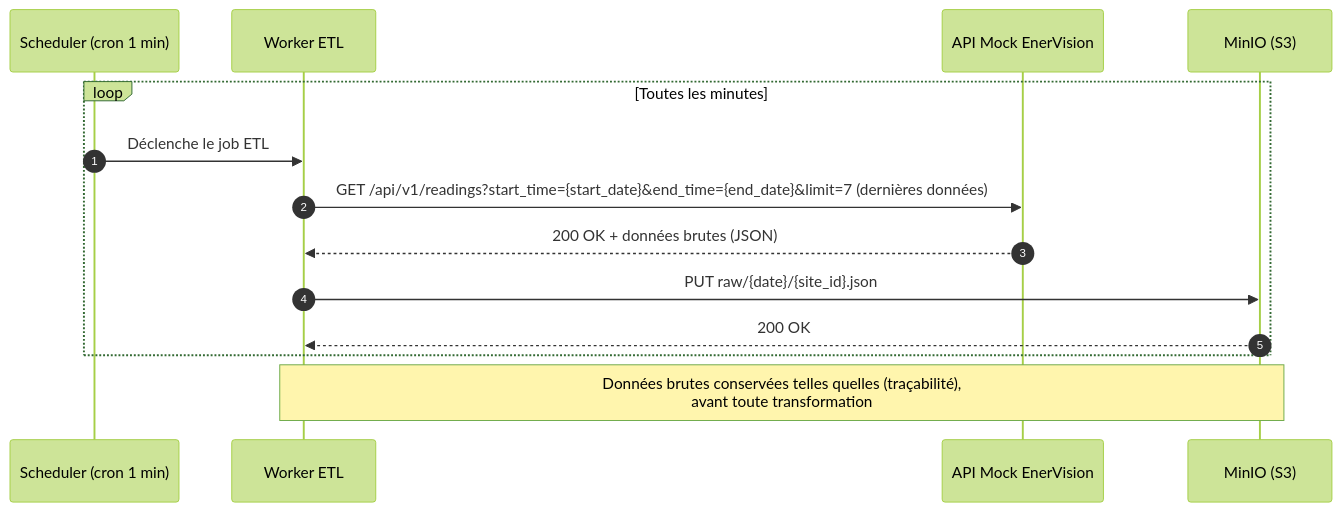
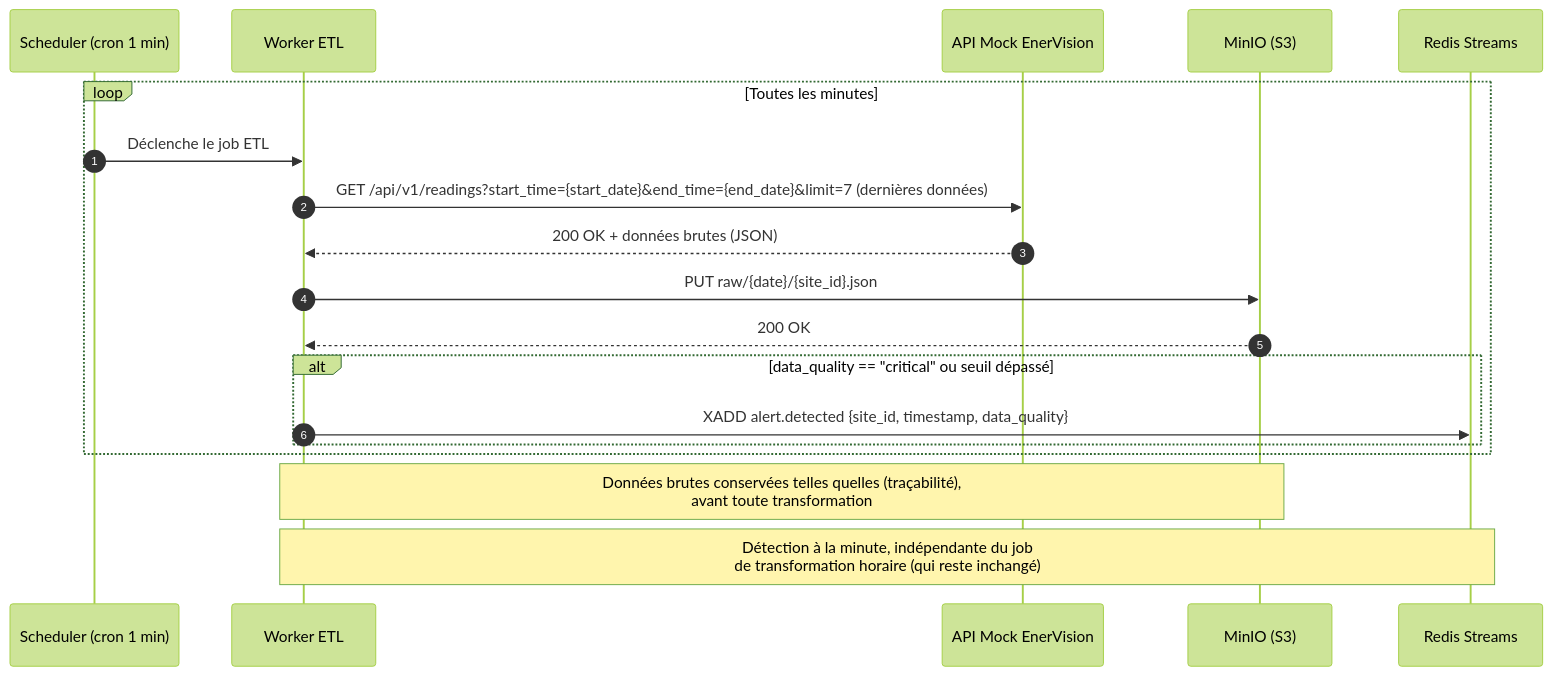
The first of 2 diagrams in docs/seq_etl.md (PetitPingu/EnerVision), drawn with Mermaid (forest theme) before and after one commit. The commit also changed other lines of this file, not shown here.

Commit message:
Documenter la détection d'alertes temps réel via Redis Streams
seq_etl.md ne gardait plus que le diagramme d'ingestion d'origine : y
intègre la branche Redis Streams (XADD alert.detected) pour détecter les
lectures critical/hors-seuil à la minute, sans attendre le job de
transformation horaire (qui reste inchangé, non affecté par ce choix).

Retire les deux variantes "un seul worker" explorées en discussion (dont
l'une dupliquée par erreur) : le compromis retenu garde les deux jobs
séparés (ingestion 1 min / transformation 1h) pour préserver le
découplage et la capacité de rejouer la transformation sur d'anciens
fichiers raw, tout en réglant la latence de détection des alertes.

Documentation uniquement ; l'implémentation Redis côté worker reste à
faire.

````diff
--- a/docs/seq_etl.md
+++ b/docs/seq_etl.md
@@ -7,18 +7,23 @@
 ```mermaid
 sequenceDiagram
     autonumber
     participant Cron as Scheduler (cron 1 min)
     participant Worker as Worker ETL
     participant Mock as API Mock EnerVision
     participant MinIO as MinIO (S3)
+    participant Redis as Redis Streams
 
     loop Toutes les minutes
         Cron->>Worker: Déclenche le job ETL
         Worker->>Mock: GET /api/v1/readings?start_time={start_date}&end_time={end_date}&limit=7 (dernières données)
         Mock-->>Worker: 200 OK + données brutes (JSON)
         Worker->>MinIO: PUT raw/{date}/{site_id}.json
         MinIO-->>Worker: 200 OK
+        alt data_quality == "critical" ou seuil dépassé
+            Worker->>Redis: XADD alert.detected {site_id, timestamp, data_quality}
+        end
     end
 
     Note over Worker,MinIO: Données brutes conservées telles quelles (traçabilité),<br/>avant toute transformation
+    Note over Worker,Redis: Détection à la minute, indépendante du job<br/>de transformation horaire (qui reste inchangé)
 ```
````
